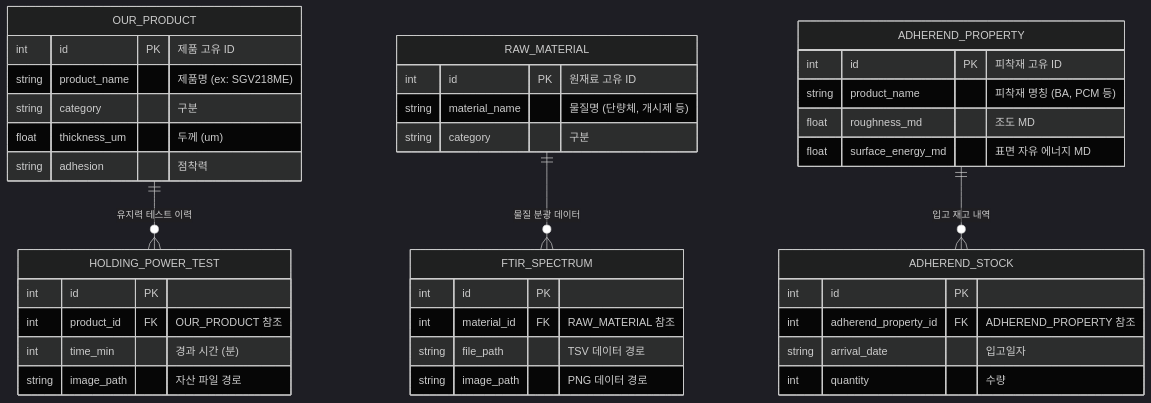
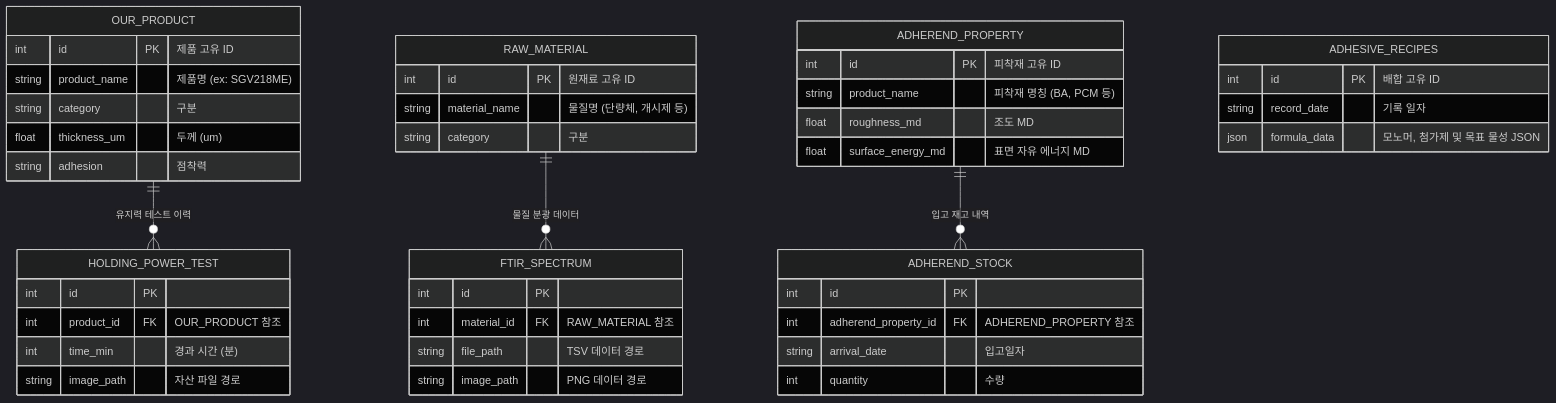
One commit to HyunchanAn/SG_DB changed the diagram in README.md. Above: the diagram before and after it, drawn with Mermaid (dark theme). The commit also changed other lines of this file, not shown here.

Commit message:
Auto-commit after Adhesion Conditional Model Upgrade & UI integration

````diff
--- a/README.md
+++ b/README.md
@@ -21,55 +21,61 @@
 ```mermaid
 erDiagram
     %% 개체 간의 관계 정의
     OUR_PRODUCT ||--o{ HOLDING_POWER_TEST : "유지력 테스트 이력"
     RAW_MATERIAL ||--o{ FTIR_SPECTRUM : "물질 분광 데이터"
     ADHEREND_PROPERTY ||--o{ ADHEREND_STOCK : "입고 재고 내역"
 
-    %% 마스터: 상용 제품
+    %% 마스터: 상용 제품 및 원본 배합 (추가)
     OUR_PRODUCT {
         int id PK "제품 고유 ID"
         string product_name "제품명 (ex: SGV218ME)"
         string category "구분"
         float thickness_um "두께 (um)"
         string adhesion "점착력"
+    }
+    
+    ADHESIVE_RECIPES {
+        int id PK "배합 고유 ID"
+        string record_date "기록 일자"
+        json formula_data "모노머, 첨가제 및 목표 물성 JSON"
     }
 
     %% 마스터: 원재료
     RAW_MATERIAL {
         int id PK "원재료 고유 ID"
         string material_name "물질명 (단량체, 개시제 등)"
         string category "구분"
     }
 
     %% 마스터: 피착재 물성
     ADHEREND_PROPERTY {
         int id PK "피착재 고유 ID"
         string product_name "피착재 명칭 (BA, PCM 등)"
         float roughness_md "조도 MD"
         float surface_energy_md "표면 자유 에너지 MD"
     }
 
     %% 하위: 테스트 이미지
     HOLDING_POWER_TEST {
         int id PK
         int product_id FK "OUR_PRODUCT 참조"
         int time_min "경과 시간 (분)"
         string image_path "자산 파일 경로"
     }
 
     %% 하위: 측정치
     FTIR_SPECTRUM {
         int id PK
         int material_id FK "RAW_MATERIAL 참조"
         string file_path "TSV 데이터 경로"
         string image_path "PNG 데이터 경로"
     }
 
     %% 하위: 입고 내역
     ADHEREND_STOCK {
         int id PK
         int adherend_property_id FK "ADHEREND_PROPERTY 참조"
         string arrival_date "입고일자"
         int quantity "수량"
     }
 ```
````
